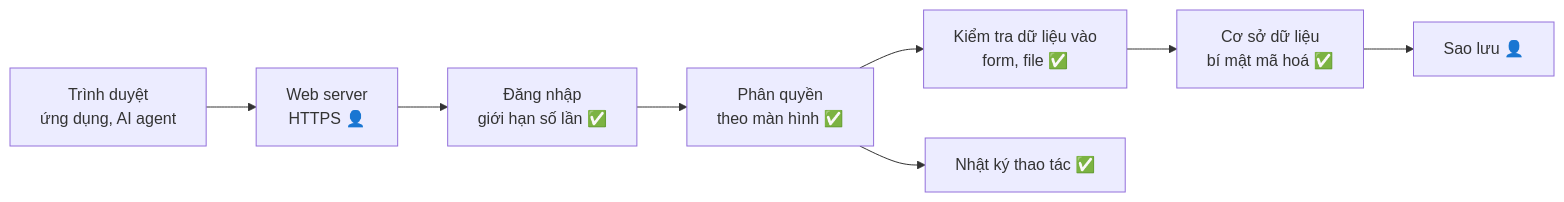
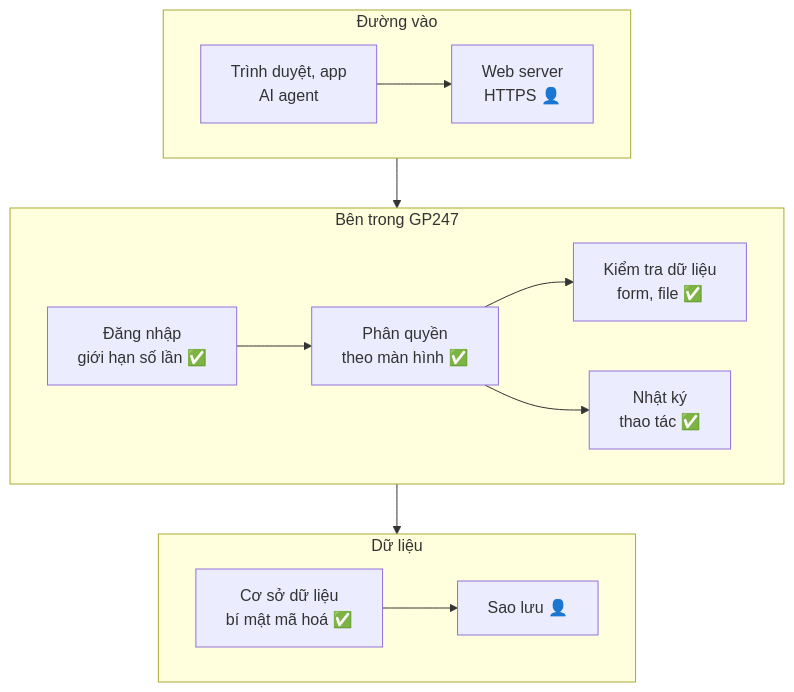
Before and after one commit to gp247net/gp247-docs: the diagram in security/security-built-in_vi.md, drawn with Mermaid. The commit also changed 44 other files, not shown here.

First line of the commit message:
docs: redraw oversized diagrams in security, API and MCP docs (vi/en/ja)

````diff
--- a/security/security-built-in_vi.md
+++ b/security/security-built-in_vi.md
@@ -15,10 +15,18 @@
 ```mermaid
-flowchart LR
-    U["Trình duyệt<br/>ứng dụng, AI agent"] --> W["Web server<br/>HTTPS 👤"]
-    W --> A["Đăng nhập<br/>giới hạn số lần ✅"]
-    A --> P["Phân quyền<br/>theo màn hình ✅"]
-    P --> I["Kiểm tra dữ liệu vào<br/>form, file ✅"]
-    I --> D["Cơ sở dữ liệu<br/>bí mật mã hoá ✅"]
-    P --> L["Nhật ký thao tác ✅"]
-    D --> K["Sao lưu 👤"]
+flowchart TB
+    subgraph O["Đường vào"]
+        direction LR
+        U["Trình duyệt, app<br/>AI agent"] --> W["Web server<br/>HTTPS 👤"]
+    end
+    subgraph APP["Bên trong GP247"]
+        direction LR
+        A["Đăng nhập<br/>giới hạn số lần ✅"] --> P["Phân quyền<br/>theo màn hình ✅"]
+        P --> I["Kiểm tra dữ liệu<br/>form, file ✅"]
+        P --> L["Nhật ký<br/>thao tác ✅"]
+    end
+    subgraph DATA["Dữ liệu"]
+        direction LR
+        D["Cơ sở dữ liệu<br/>bí mật mã hoá ✅"] --> K["Sao lưu 👤"]
+    end
+    O --> APP --> DATA
 ```
````
